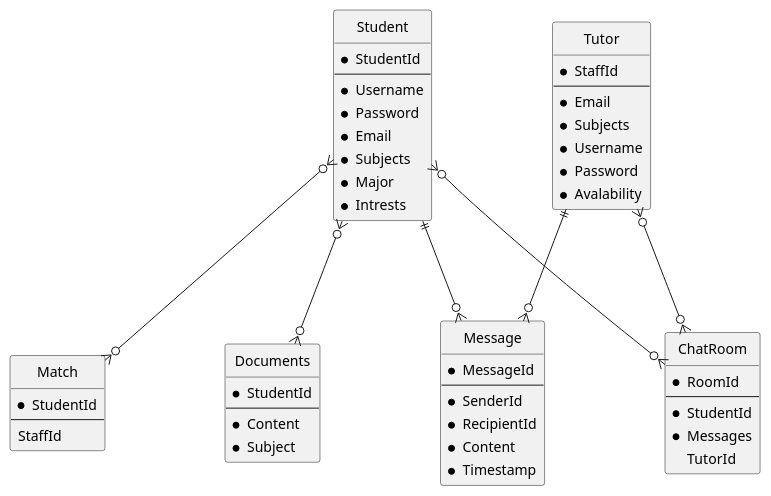
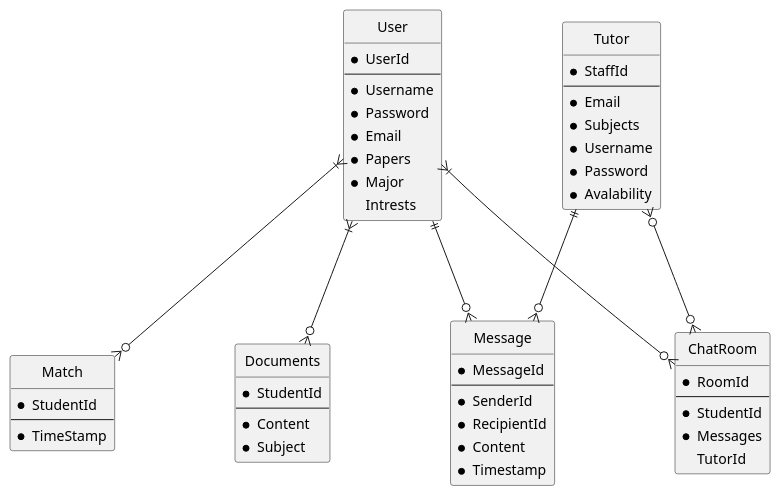
The diagram in StudyBuddy.puml (annikamarriner123/StudyBuddy), drawn with PlantUML before and after one commit.

```diff
--- a/StudyBuddy.puml
+++ b/StudyBuddy.puml
@@ -1,95 +1,97 @@
 @startuml
 
 skinparam {
   Style StrictUML
 
   ' make the stereotypes less ugly
   ClassStereotypeFont {
     Size 10
     Style plain
   }
 
   ' make boxes slightly less pointy
   RoundCorner 5
 
   ' make everything slightly less cramped
   Padding 2
 
   ' vertical spacing (make room for labels)
   RankSep 100
 
   ' horizontal spacing (make room for labels)
   NodeSep 120
 }
 
 'The students who will use the app
-class "Student" as student {
-* StudentId
+class "User" as user {
+* UserId
 --
 * Username
 * Password
 * Email
-* Subjects
+* Papers
 * Major
-* Intrests
+ Intrests
 }
+
+
 
 'Represents the tutors present on the app
 class "Tutor" as tutor{
 * StaffId
 --
 * Email
 * Subjects
 * Username
 * Password
 * Avalability
 }
 
 'Stores results when a match is made 
 'Should staffId be there as an optional thing?
 class "Match" as match{
   *StudentId
   --
-  StaffId 
+  * TimeStamp
 }
 
 'This represents messages between one user and another a DM
 class "Message" as msg {
   * MessageId
   --
   * SenderId
   * RecipientId
   * Content
   * Timestamp
 }
 
 
 'This is the group chat aspect where multiple tutors and students can be present
 class "ChatRoom" as room {
   * RoomId
   --
   * StudentId
   * Messages
   TutorId
 }
 
 'For when the student needs to upload/ share their study docs
 class "Documents" as docs {
   * StudentId
   --
   * Content
   * Subject
 }
 
 
 
 
-student }o--o{ room
-student }o--o{ docs
+user }|--o{ room
+user }|--o{ docs
 tutor }o--o{ room
-student ||--o{ msg
+user ||--o{ msg
 tutor ||--o{ msg
-student }o--o{ match
+user }|--o{ match
 
 
 @enduml
```
